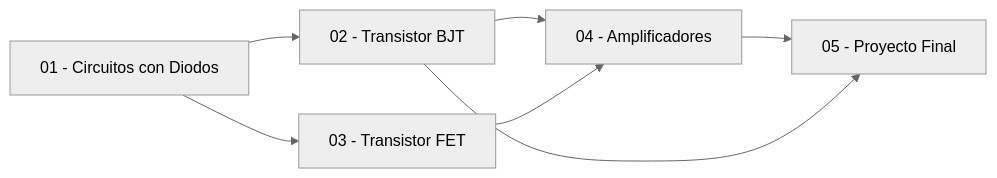
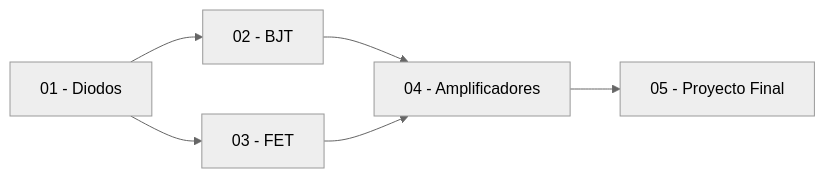
Before and after one commit to NeruDev/DIODOS-Y-TRANSISTORES: the diagram in README.md, drawn with Mermaid (neutral theme). The commit also changed other lines of this file and 213 other files, not shown here.

````diff
--- a/README.md
+++ b/README.md
@@ -44,9 +45,8 @@
 ```mermaid
 graph LR
-    A[01 - Circuitos con Diodos] --> B[02 - Transistor BJT]
-    A --> C[03 - Transistor FET]
+    A[01 - Diodos] --> B[02 - BJT]
+    A --> C[03 - FET]
     B --> D[04 - Amplificadores]
     C --> D
     D --> E[05 - Proyecto Final]
-    B --> E
 ```
````
